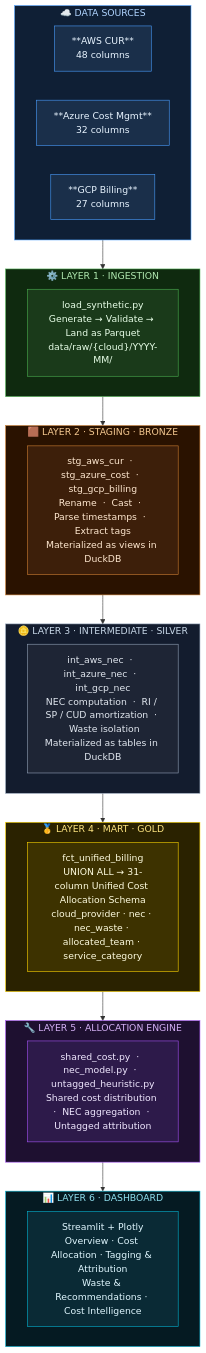
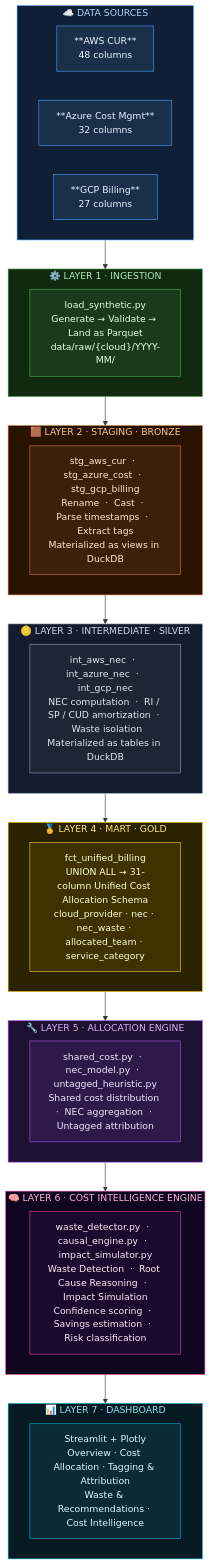
Before and after one commit to Keerthi-Rapolu/multicloud-finops-framework: the diagram in README.md, drawn with Mermaid. The commit also changed other lines of this file and 1 other file, not shown here.

````diff
--- a/README.md
+++ b/README.md
@@ -27,69 +28,78 @@
 ```mermaid
 flowchart TD
     subgraph SRC["☁️  DATA SOURCES"]
         direction LR
         AWS["**AWS CUR**\n48 columns"]
         AZURE["**Azure Cost Mgmt**\n32 columns"]
         GCP["**GCP Billing**\n27 columns"]
     end
 
     SRC --> ING
 
     subgraph ING["⚙️  LAYER 1 · INGESTION"]
         I1["load_synthetic.py\nGenerate → Validate → Land as Parquet\ndata/raw/{cloud}/YYYY-MM/"]
     end
 
     ING --> BRZ
 
     subgraph BRZ["🟫  LAYER 2 · STAGING  ·  BRONZE"]
         B1["stg_aws_cur  ·  stg_azure_cost  ·  stg_gcp_billing\nRename  ·  Cast  ·  Parse timestamps  ·  Extract tags\nMaterialized as views in DuckDB"]
     end
 
     BRZ --> SLV
 
     subgraph SLV["🪙  LAYER 3 · INTERMEDIATE  ·  SILVER"]
         S1["int_aws_nec  ·  int_azure_nec  ·  int_gcp_nec\nNEC computation  ·  RI / SP / CUD amortization  ·  Waste isolation\nMaterialized as tables in DuckDB"]
     end
 
     SLV --> GLD
 
     subgraph GLD["🥇  LAYER 4 · MART  ·  GOLD"]
         G1["fct_unified_billing\nUNION ALL → 31-column Unified Cost Allocation Schema\ncloud_provider · nec · nec_waste · allocated_team · service_category"]
     end
 
     GLD --> ALC
 
     subgraph ALC["🔧  LAYER 5 · ALLOCATION ENGINE"]
         A1["shared_cost.py  ·  nec_model.py  ·  untagged_heuristic.py\nShared cost distribution  ·  NEC aggregation  ·  Untagged attribution"]
     end
 
-    ALC --> DSH
+    ALC --> INT
 
-    subgraph DSH["📊  LAYER 6 · DASHBOARD"]
+    subgraph INT["🧠  LAYER 6 · COST INTELLIGENCE ENGINE"]
+        IN1["waste_detector.py  ·  causal_engine.py  ·  impact_simulator.py\nWaste Detection  ·  Root Cause Reasoning  ·  Impact Simulation\nConfidence scoring  ·  Savings estimation  ·  Risk classification"]
+    end
+
+    INT --> DSH
+
+    subgraph DSH["📊  LAYER 7 · DASHBOARD"]
         D1["Streamlit + Plotly\nOverview · Cost Allocation · Tagging & Attribution\nWaste & Recommendations · Cost Intelligence"]
     end
 
     classDef srcNode fill:#1a2f4a,stroke:#4a9eff,color:#e8f4ff
     classDef ingNode fill:#1a3a1a,stroke:#4caf50,color:#e8ffe8
     classDef brzNode fill:#3d1f0a,stroke:#cd7f32,color:#ffe8d0
     classDef slvNode fill:#1e2535,stroke:#94a3b8,color:#e2e8f0
     classDef gldNode fill:#3d3200,stroke:#ffd700,color:#fffde0
     classDef alcNode fill:#2d1a4a,stroke:#a855f7,color:#f0e8ff
+    classDef intNode fill:#1a0a2e,stroke:#ec4899,color:#fce7f3
     classDef dshNode fill:#0a2a35,stroke:#06b6d4,color:#e0f7ff
 
     style SRC fill:#0f1f35,stroke:#4a9eff,color:#b0d4ff
     style ING fill:#0f2a0f,stroke:#4caf50,color:#b0e8b0
     style BRZ fill:#2a1200,stroke:#cd7f32,color:#f5c990
     style SLV fill:#131c2e,stroke:#94a3b8,color:#c8d8e8
     style GLD fill:#2a2200,stroke:#ffd700,color:#ffe680
     style ALC fill:#1e1030,stroke:#a855f7,color:#d4b0f5
+    style INT fill:#0f0520,stroke:#ec4899,color:#fbb6ce
     style DSH fill:#051a22,stroke:#06b6d4,color:#90e0ef
 
     class AWS,AZURE,GCP srcNode
     class I1 ingNode
     class B1 brzNode
     class S1 slvNode
     class G1 gldNode
     class A1 alcNode
+    class IN1 intNode
     class D1 dshNode
 ```
````
